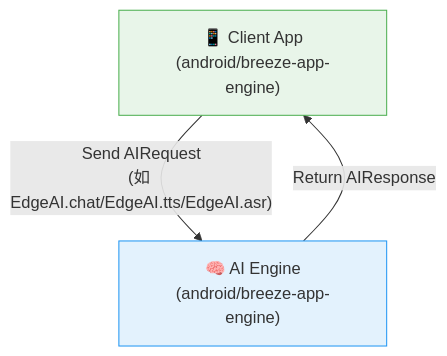
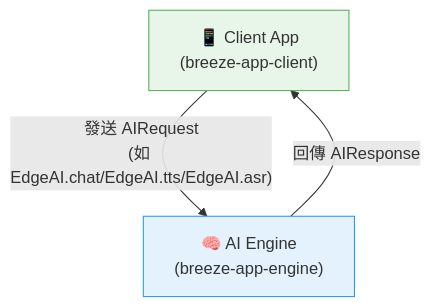
Before and after one commit to mtkresearch/BreezeApp-engine: the diagram in docs/i18n/README_zh.md, drawn with Mermaid. The commit also changed other lines of this file and 1 other file, not shown here.

Commit message:
Update README files

````diff
--- a/docs/i18n/README_zh.md
+++ b/docs/i18n/README_zh.md
@@ -26,11 +26,12 @@
 ```mermaid
+%%{init: {'flowchart': {'useMaxWidth': false, 'width': 800}}}%%
 graph TD
-    A["📱 Client App<br/>(android/breeze-app-engine)"]
-    B["🧠 AI Engine<br/>(android/breeze-app-engine)"]
+    A["📱 Client App<br/>(breeze-app-client)"]
+    B["🧠 AI Engine<br/>(breeze-app-engine)"]
 
-    A -- "Send AIRequest<br>(如 EdgeAI.chat/EdgeAI.tts/EdgeAI.asr)" --> B
-    B -- "Return AIResponse" --> A
+    A -- "發送 AIRequest<br>(如 EdgeAI.chat/EdgeAI.tts/EdgeAI.asr)" --> B
+    B -- "回傳 AIResponse" --> A
 
     style A fill:#E8F5E9,stroke:#4CAF50
     style B fill:#E3F2FD,stroke:#2196F3
 ```
````
